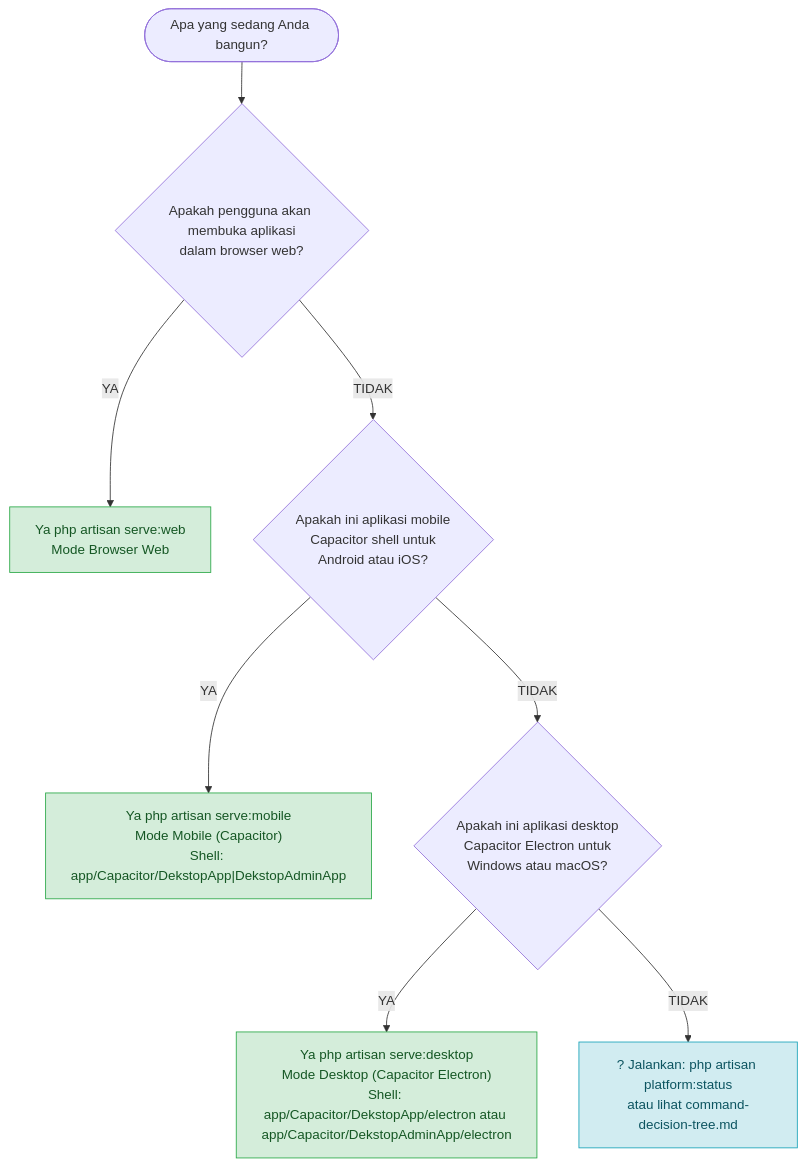
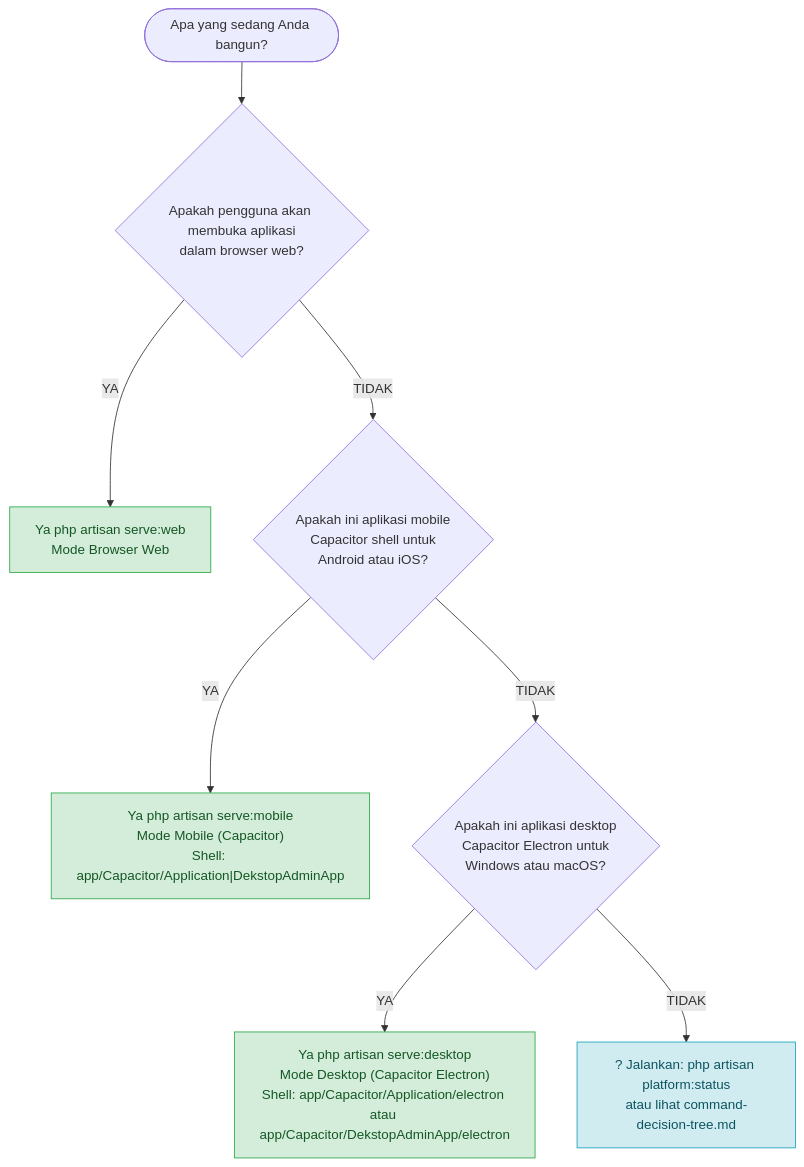
One commit to aanugerahahmadf/WebApp changed the diagram in docs/command-guide/command-guide.md. Above: the diagram before and after it, drawn with Mermaid. The commit also changed other lines of this file and 130 other files, not shown here.

Commit message:
chore: rename DekstopApp to Application and sync project files

````diff
--- a/docs/command-guide/command-guide.md
+++ b/docs/command-guide/command-guide.md
@@ -14,16 +14,16 @@
 ```mermaid
 flowchart TD
     START([Apa yang sedang Anda bangun?])
     START --> Q1{Apakah pengguna akan membuka aplikasi\ndalam browser web?}
     Q1 -- YA --> WEB["Ya php artisan serve:web\nMode Browser Web"]
     Q1 -- TIDAK --> Q2{Apakah ini aplikasi mobile\nCapacitor shell untuk\nAndroid atau iOS?}
-    Q2 -- YA --> MOB["Ya php artisan serve:mobile\nMode Mobile (Capacitor)\nShell: app/Capacitor/DekstopApp|DekstopAdminApp"]
+    Q2 -- YA --> MOB["Ya php artisan serve:mobile\nMode Mobile (Capacitor)\nShell: app/Capacitor/Application|DekstopAdminApp"]
     Q2 -- TIDAK --> Q3{Apakah ini aplikasi desktop\nCapacitor Electron untuk\nWindows atau macOS?}
-    Q3 -- YA --> DESK["Ya php artisan serve:desktop\nMode Desktop (Capacitor Electron)\nShell: app/Capacitor/DekstopApp/electron atau app/Capacitor/DekstopAdminApp/electron"]
+    Q3 -- YA --> DESK["Ya php artisan serve:desktop\nMode Desktop (Capacitor Electron)\nShell: app/Capacitor/Application/electron atau app/Capacitor/DekstopAdminApp/electron"]
     Q3 -- TIDAK --> HELP["? Jalankan: php artisan platform:status\natau lihat command-decision-tree.md"]
 
     style WEB fill:#d4edda,stroke:#28a745,color:#155724
     style MOB fill:#d4edda,stroke:#28a745,color:#155724
     style DESK fill:#d4edda,stroke:#28a745,color:#155724
     style HELP fill:#d1ecf1,stroke:#17a2b8,color:#0c5460
 ```
````
